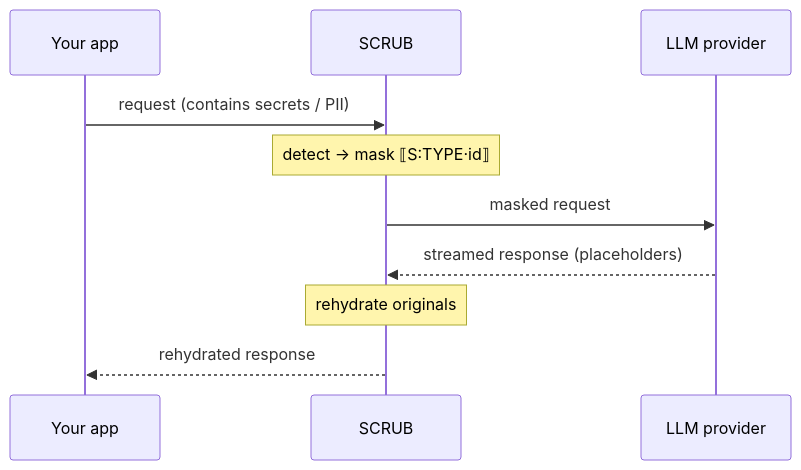
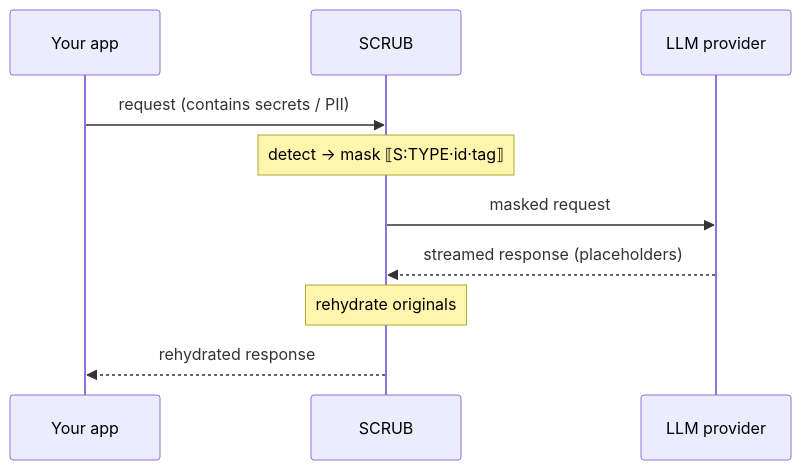
One commit to scrub-dev/source-code changed the diagram in website/content/guides/getting-started.md. Above: the diagram before and after it, drawn with Mermaid. The commit also changed 22 other files, not shown here.

````diff
--- a/website/content/guides/getting-started.md
+++ b/website/content/guides/getting-started.md
@@ -56,12 +56,12 @@
 ```mermaid
 sequenceDiagram
     participant App as Your app
     participant S as SCRUB
     participant P as LLM provider
     App->>S: request (contains secrets / PII)
-    Note over S: detect → mask ⟦S:TYPE·id⟧
+    Note over S: detect → mask ⟦S:TYPE·id·tag⟧
     S->>P: masked request
     P-->>S: streamed response (placeholders)
     Note over S: rehydrate originals
     S-->>App: rehydrated response
 ```
````
